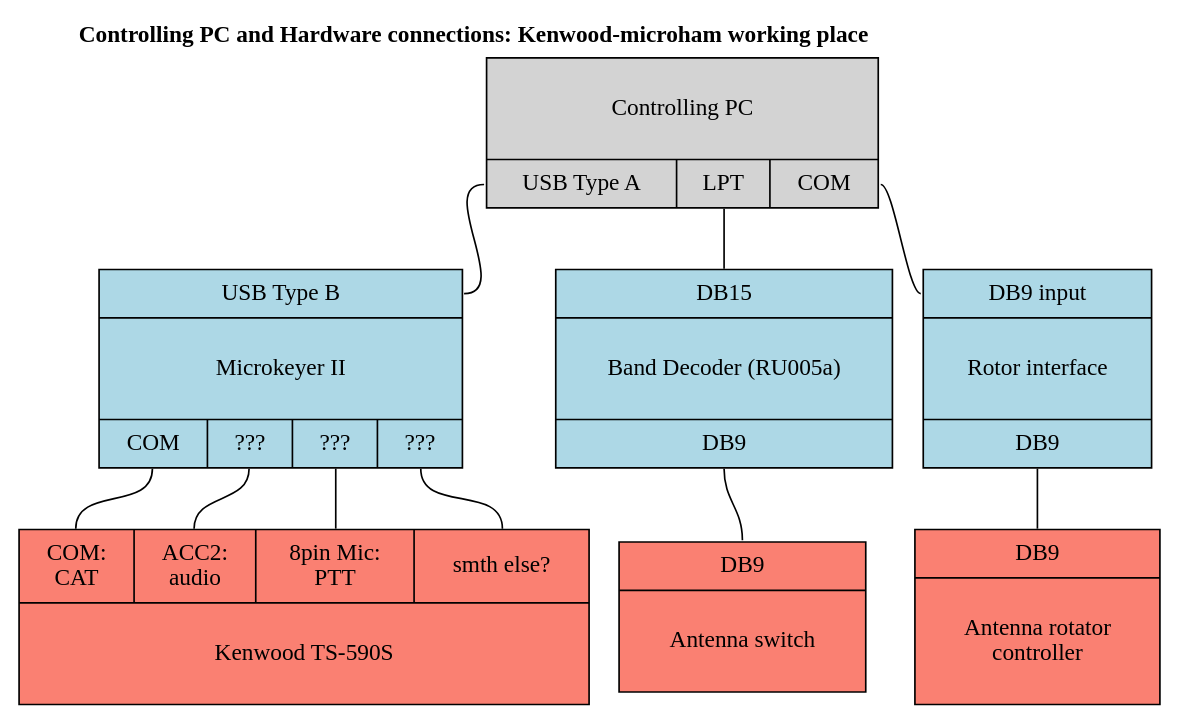
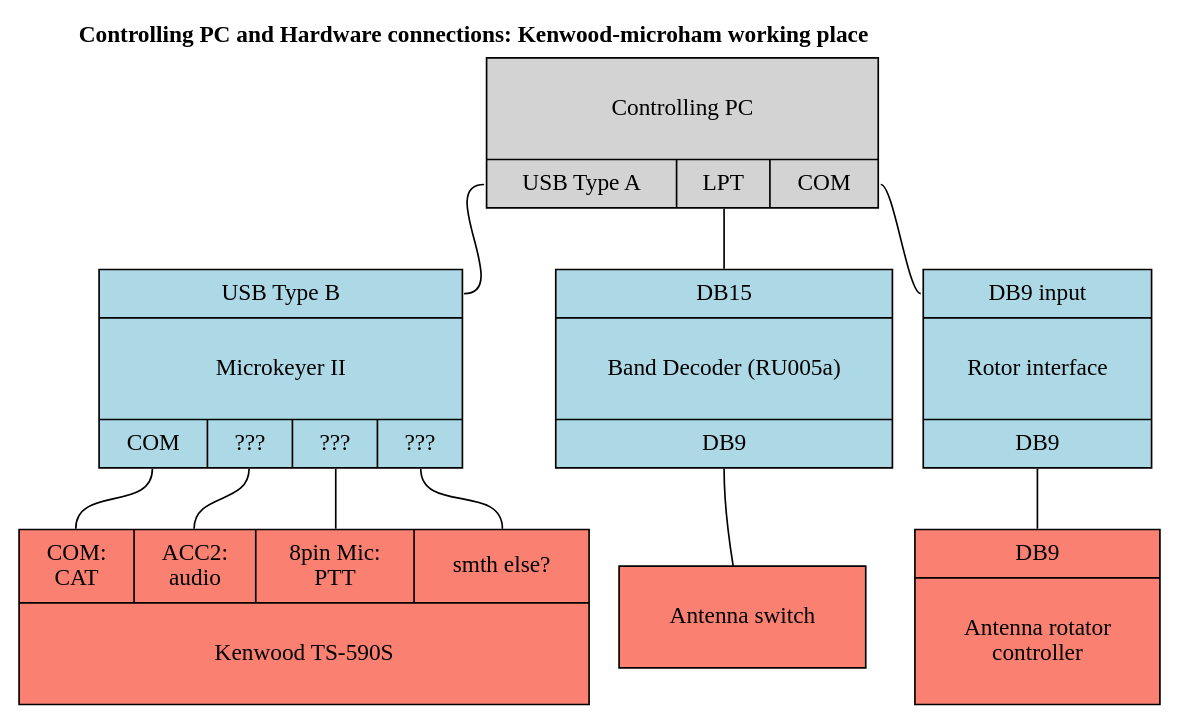
The diagram in rk5d-remote/kenwood-via-microham/gv/hw.gv (isemichastnov/hamradio), drawn with Graphviz before and after one commit. The commit also changed 8 other files, not shown here.

Commit message:
updated RK5D readme: minor fixes in antenna switch connections

```diff
--- a/rk5d-remote/kenwood-via-microham/gv/hw.gv
+++ b/rk5d-remote/kenwood-via-microham/gv/hw.gv
@@ -1,35 +1,35 @@
 digraph Arch {
     node [shape = rect, margin = "0.2,0.1"]
     edge [arrowhead = none]
     labelloc = top
 
     label = <<b>Controlling PC and Hardware connections: Kenwood-microham working place</b>>
 
     pc [shape = record, style = filled, label = "{ \nControlling PC\n\r | { <usbA>USB Type A |  <lpt>LPT | <com>COM } }"]
 
     microham [shape = record, style = filled, fillcolor = lightblue, label = "{ <usbB>USB Type B | \nMicrokeyer II\n\r |  { <com>COM | <smth>??? | <smth2>??? | <smth3> ???} }"];
 
     ru005 [shape = record, style = filled, fillcolor = lightblue, label = "{<db15> DB15 | \nBand Decoder (RU005a)\n\r | <db9>DB9 }"]
 
     rotorController [shape = record, style = filled, fillcolor = lightblue, label = "{<input> DB9 input | \nRotor interface\n\r | <output>DB9 }"] //todo check if it's really connected to COM or is it an internal device?
 
     kenwood [shape = record, style = filled, fillcolor = salmon, label = "{ { <com>COM:\nCAT | <acc2>ACC2:\naudio | <mic>8pin Mic:\nPTT | <smth> smth else? }  | \nKenwood TS-590S\n\r }"];
 
-    antennaSwitch [shape = record, style = filled, fillcolor = salmon, label = "{ <db9>DB9 | \n Antenna switch \n\r }"]
+    antennaSwitch [shape = record, style = filled, fillcolor = salmon, label = "\n Antenna switch \n\r"]
 
     rotor [shape = record, style = filled, fillcolor = salmon, label = "{ <input>DB9 | \n Antenna rotator\ncontroller \n\r }"]
 
     //////////
 
     pc: usbA -> microham: usbB
     pc: lpt -> ru005: db15
     pc: com -> rotorController:input
     microham: com -> kenwood: com
     microham: smth -> kenwood: acc2 //TODO check if there's smth else not just audio
     microham: smth2 -> kenwood: mic //TODO
     microham: smth3 -> kenwood: smth //TODO
-    ru005: db9 -> antennaSwitch: db9
+    ru005: db9 -> antennaSwitch
     rotorController:output -> rotor:input
 
 
 }
```
